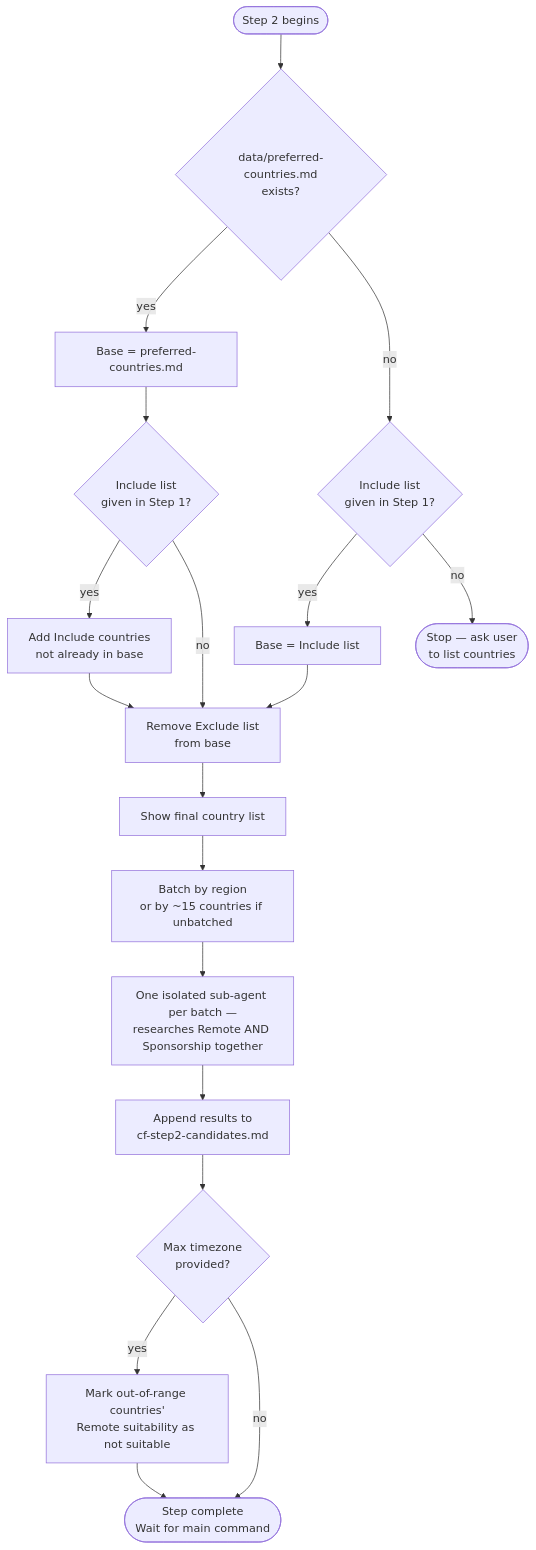
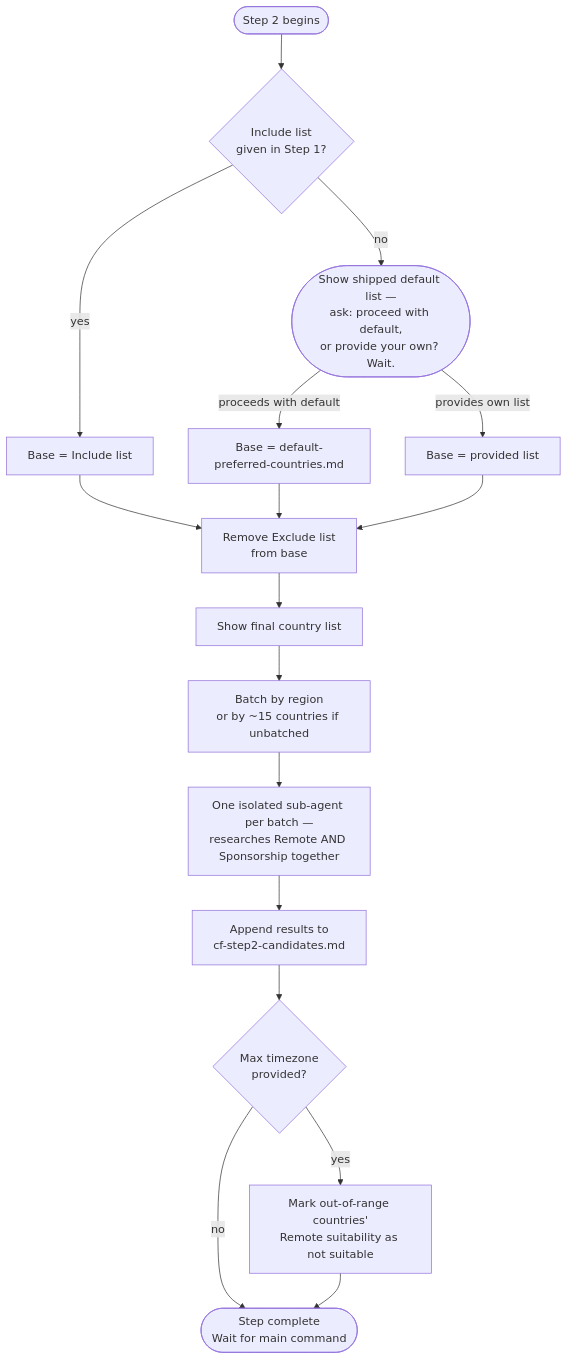
Before and after one commit to myowinthein/agent-compass: the diagram in docs/commands/country-finder/step2-country-discovery.md, drawn with Mermaid. The commit also changed other lines of this file and 6 other files, not shown here.

````diff
--- a/docs/commands/country-finder/step2-country-discovery.md
+++ b/docs/commands/country-finder/step2-country-discovery.md
@@ -14,23 +14,21 @@
 ```mermaid
 flowchart TD
-  Start([Step 2 begins]) --> BaseCheck{data/preferred-countries.md\nexists?}
-  BaseCheck -->|yes| Base[Base = preferred-countries.md]
-  BaseCheck -->|no| IncludeCheck{Include list\ngiven in Step 1?}
+  Start([Step 2 begins]) --> IncludeCheck{Include list\ngiven in Step 1?}
   IncludeCheck -->|yes| BaseInclude[Base = Include list]
-  IncludeCheck -->|no| AskStop([Stop — ask user\nto list countries])
+  IncludeCheck -->|no| AskDefault([Show shipped default list —\nask: proceed with default,\nor provide your own? Wait.])
+  AskDefault -->|proceeds with default| BaseDefault[Base = default-preferred-countries.md]
+  AskDefault -->|provides own list| BaseOwn[Base = provided list]
 
-  Base --> AddInclude{Include list\ngiven in Step 1?}
-  AddInclude -->|yes| UnionInclude[Add Include countries\nnot already in base]
-  AddInclude -->|no| ExcludeStep
-  UnionInclude --> ExcludeStep
   BaseInclude --> ExcludeStep
+  BaseDefault --> ExcludeStep
+  BaseOwn --> ExcludeStep
 
   ExcludeStep[Remove Exclude list\nfrom base] --> ShowList[Show final country list]
   ShowList --> Batch[Batch by region\nor by ~15 countries if unbatched]
   Batch --> Agents[One isolated sub-agent per batch —\nresearches Remote AND Sponsorship together]
   Agents --> Append[Append results to\ncf-step2-candidates.md]
   Append --> TZCheck{Max timezone\nprovided?}
   TZCheck -->|yes| MarkTZ[Mark out-of-range countries'\nRemote suitability as not suitable]
   TZCheck -->|no| Done
   MarkTZ --> Done([Step complete\nWait for main command])
 ```
````
